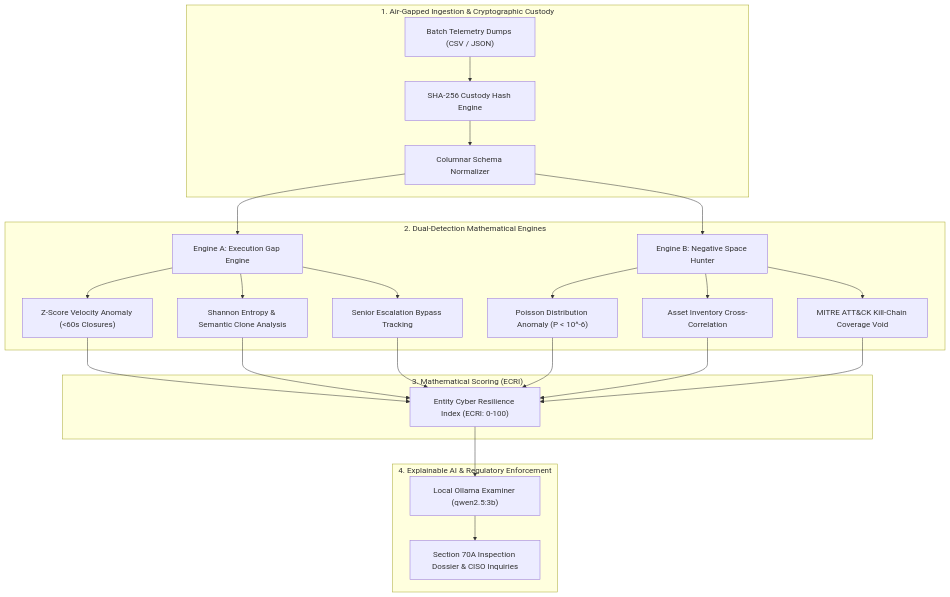
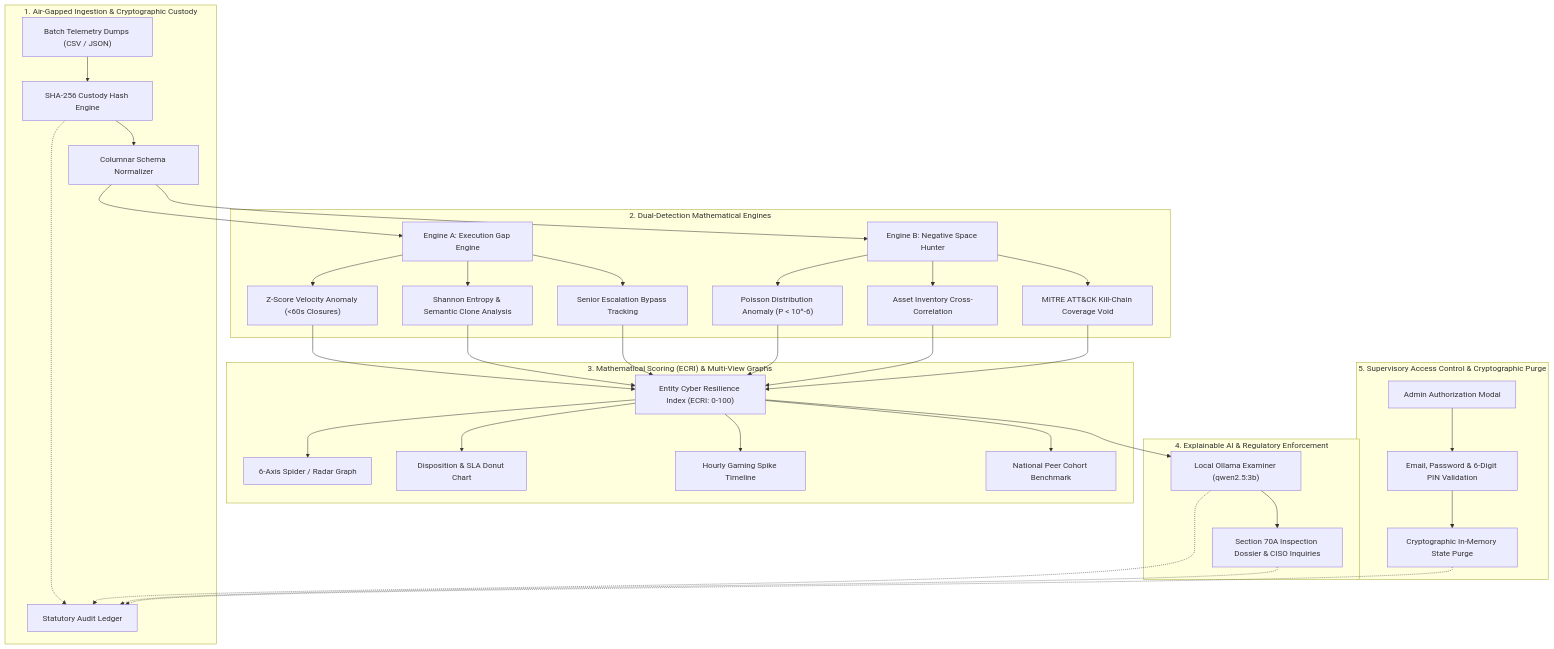
Before and after one commit to anasjameel300/SAT-SA-DEMO: the diagram in README.md, drawn with Mermaid. The commit also changed other lines of this file and 1 other file, not shown here.

````diff
--- a/README.md
+++ b/README.md
@@ -28,29 +28,42 @@
 ```mermaid
 flowchart TD
     subgraph Tier1["1. Air-Gapped Ingestion & Cryptographic Custody"]
         A["Batch Telemetry Dumps (CSV / JSON)"] --> B["SHA-256 Custody Hash Engine"]
         B --> C["Columnar Schema Normalizer"]
+        B -.-> AL["Statutory Audit Ledger"]
     end
 
     subgraph Tier2["2. Dual-Detection Mathematical Engines"]
         C --> D["Engine A: Execution Gap Engine"]
         C --> E["Engine B: Negative Space Hunter"]
         
         D --> D1["Z-Score Velocity Anomaly (<60s Closures)"]
         D --> D2["Shannon Entropy & Semantic Clone Analysis"]
         D --> D3["Senior Escalation Bypass Tracking"]
 
         E --> E1["Poisson Distribution Anomaly (P < 10^-6)"]
         E --> E2["Asset Inventory Cross-Correlation"]
         E --> E3["MITRE ATT&CK Kill-Chain Coverage Void"]
     end
 
-    subgraph Tier3["3. Mathematical Scoring (ECRI)"]
+    subgraph Tier3["3. Mathematical Scoring (ECRI) & Multi-View Graphs"]
         D1 & D2 & D3 & E1 & E2 & E3 --> F["Entity Cyber Resilience Index (ECRI: 0-100)"]
+        F --> V1["6-Axis Spider / Radar Graph"]
+        F --> V2["Disposition & SLA Donut Chart"]
+        F --> V3["Hourly Gaming Spike Timeline"]
+        F --> V4["National Peer Cohort Benchmark"]
     end
 
     subgraph Tier4["4. Explainable AI & Regulatory Enforcement"]
         F --> G["Local Ollama Examiner (qwen2.5:3b)"]
         G --> H["Section 70A Inspection Dossier & CISO Inquiries"]
+        G -.-> AL
+        H -.-> AL
+    end
+
+    subgraph Tier5["5. Supervisory Access Control & Cryptographic Purge"]
+        I["Admin Authorization Modal"] --> J["Email, Password & 6-Digit PIN Validation"]
+        J --> K["Cryptographic In-Memory State Purge"]
+        K -.-> AL
     end
 ```
````
